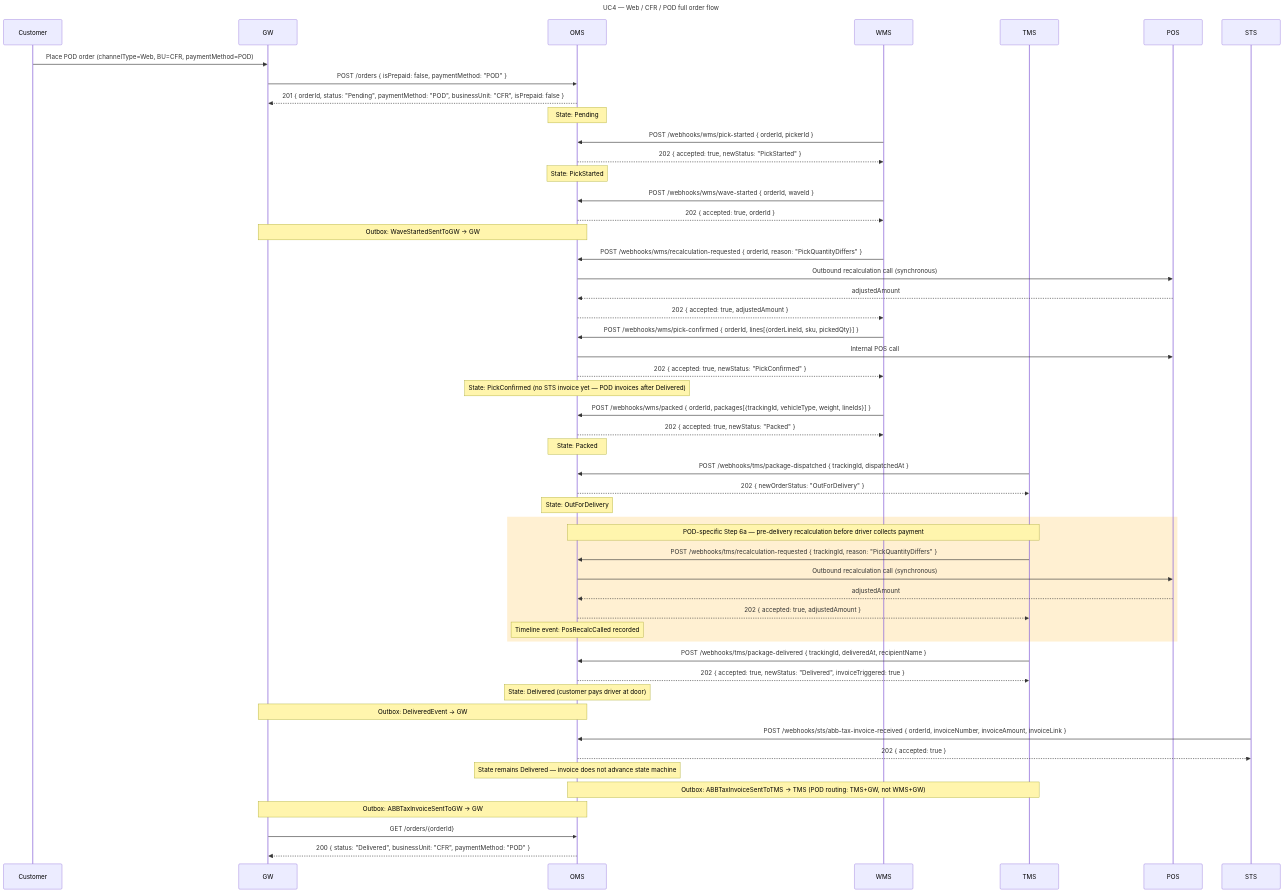
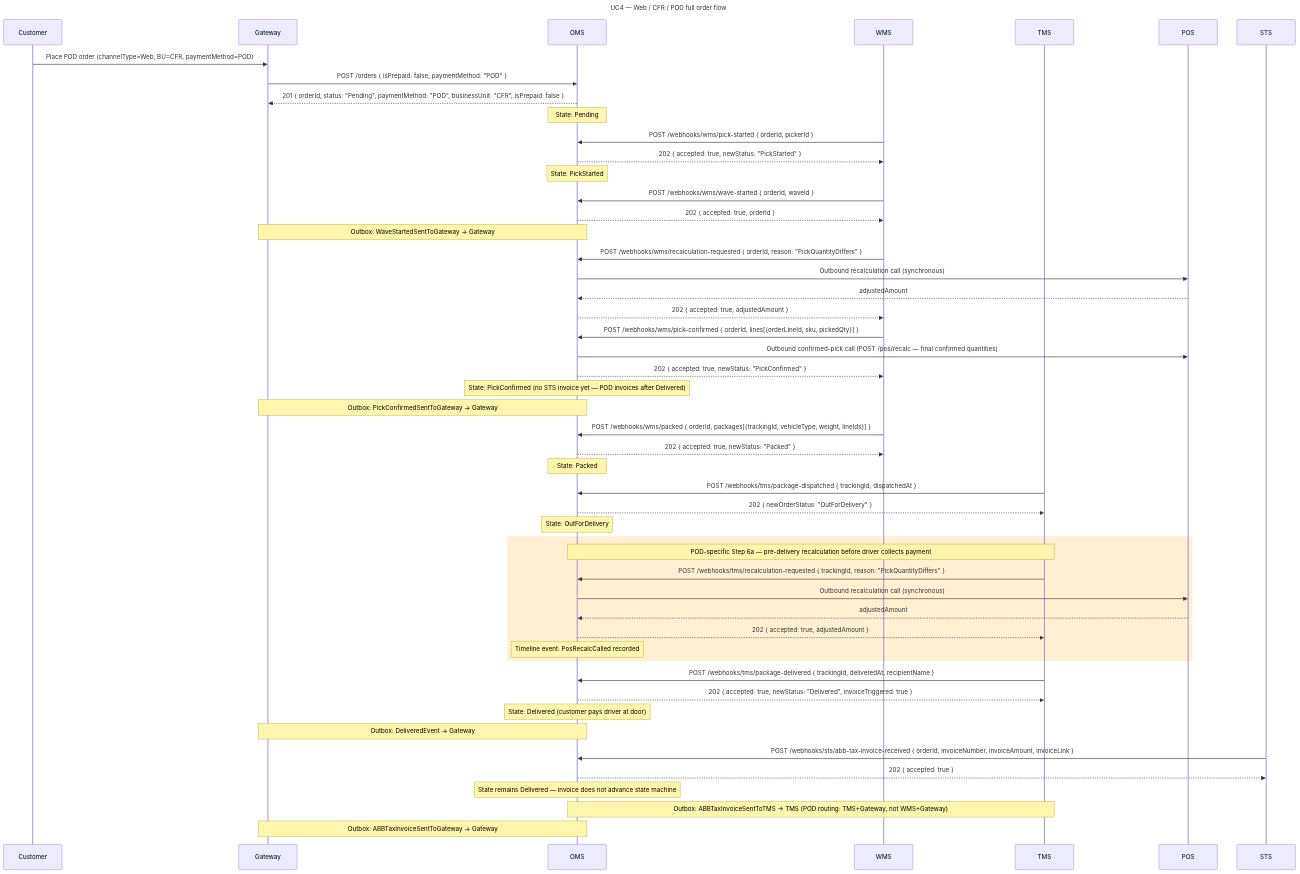
The fourth of 13 diagrams in docs/oms-e2e-sequence-diagrams.md (rosered11/oms-claude), drawn with Mermaid before and after one commit. The commit also changed other lines of this file and 48 other files, not shown here.

````diff
--- a/docs/oms-e2e-sequence-diagrams.md
+++ b/docs/oms-e2e-sequence-diagrams.md
@@ -210,66 +203,64 @@
 ```mermaid
 sequenceDiagram
   title: UC4 — Web / CFR / POD full order flow
 
   participant Customer
-  participant GW
+  participant Gateway
   participant OMS
   participant WMS
   participant TMS
   participant POS
   participant STS
 
-  Customer->>GW: Place POD order (channelType=Web, BU=CFR, paymentMethod=POD)
-  GW->>OMS: POST /orders { isPrepaid: false, paymentMethod: "POD" }
-  OMS-->>GW: 201 { orderId, status: "Pending", paymentMethod: "POD", businessUnit: "CFR", isPrepaid: false }
+  Customer->>Gateway: Place POD order (channelType=Web, BU=CFR, paymentMethod=POD)
+  Gateway->>OMS: POST /orders { isPrepaid: false, paymentMethod: "POD" }
+  OMS-->>Gateway: 201 { orderId, status: "Pending", paymentMethod: "POD", businessUnit: "CFR", isPrepaid: false }
   Note over OMS: State: Pending
 
   WMS->>OMS: POST /webhooks/wms/pick-started { orderId, pickerId }
   OMS-->>WMS: 202 { accepted: true, newStatus: "PickStarted" }
   Note over OMS: State: PickStarted
 
   WMS->>OMS: POST /webhooks/wms/wave-started { orderId, waveId }
   OMS-->>WMS: 202 { accepted: true, orderId }
-  Note over OMS,GW: Outbox: WaveStartedSentToGW → GW
+  Note over OMS,Gateway: Outbox: WaveStartedSentToGateway → Gateway
 
   WMS->>OMS: POST /webhooks/wms/recalculation-requested { orderId, reason: "PickQuantityDiffers" }
   OMS->>POS: Outbound recalculation call (synchronous)
   POS-->>OMS: adjustedAmount
   OMS-->>WMS: 202 { accepted: true, adjustedAmount }
 
   WMS->>OMS: POST /webhooks/wms/pick-confirmed { orderId, lines[{orderLineId, sku, pickedQty}] }
-  OMS->>POS: Internal POS call
+  OMS->>POS: Outbound confirmed-pick call (POST /pos/recalc — final confirmed quantities)
   OMS-->>WMS: 202 { accepted: true, newStatus: "PickConfirmed" }
   Note over OMS: State: PickConfirmed (no STS invoice yet — POD invoices after Delivered)
+  Note over OMS,Gateway: Outbox: PickConfirmedSentToGateway → Gateway
 
   WMS->>OMS: POST /webhooks/wms/packed { orderId, packages[{trackingId, vehicleType, weight, lineIds}] }
   OMS-->>WMS: 202 { accepted: true, newStatus: "Packed" }
   Note over OMS: State: Packed
 
   TMS->>OMS: POST /webhooks/tms/package-dispatched { trackingId, dispatchedAt }
   OMS-->>TMS: 202 { newOrderStatus: "OutForDelivery" }
   Note over OMS: State: OutForDelivery
 
   rect rgb(255, 240, 210)
     Note over TMS,OMS: POD-specific Step 6a — pre-delivery recalculation before driver collects payment
     TMS->>OMS: POST /webhooks/tms/recalculation-requested { trackingId, reason: "PickQuantityDiffers" }
     OMS->>POS: Outbound recalculation call (synchronous)
     POS-->>OMS: adjustedAmount
     OMS-->>TMS: 202 { accepted: true, adjustedAmount }
     Note over OMS: Timeline event: PosRecalcCalled recorded
   end
 
   TMS->>OMS: POST /webhooks/tms/package-delivered { trackingId, deliveredAt, recipientName }
   OMS-->>TMS: 202 { accepted: true, newStatus: "Delivered", invoiceTriggered: true }
   Note over OMS: State: Delivered (customer pays driver at door)
-  Note over OMS,GW: Outbox: DeliveredEvent → GW
+  Note over OMS,Gateway: Outbox: DeliveredEvent → Gateway
 
   STS->>OMS: POST /webhooks/sts/abb-tax-invoice-received { orderId, invoiceNumber, invoiceAmount, invoiceLink }
   OMS-->>STS: 202 { accepted: true }
   Note over OMS: State remains Delivered — invoice does not advance state machine
-  Note over OMS,TMS: Outbox: ABBTaxInvoiceSentToTMS → TMS (POD routing: TMS+GW, not WMS+GW)
-  Note over OMS,GW: Outbox: ABBTaxInvoiceSentToGW → GW
-
-  GW->>OMS: GET /orders/{orderId}
-  OMS-->>GW: 200 { status: "Delivered", businessUnit: "CFR", paymentMethod: "POD" }
+  Note over OMS,TMS: Outbox: ABBTaxInvoiceSentToTMS → TMS (POD routing: TMS+Gateway, not WMS+Gateway)
+  Note over OMS,Gateway: Outbox: ABBTaxInvoiceSentToGateway → Gateway
 ```
````
